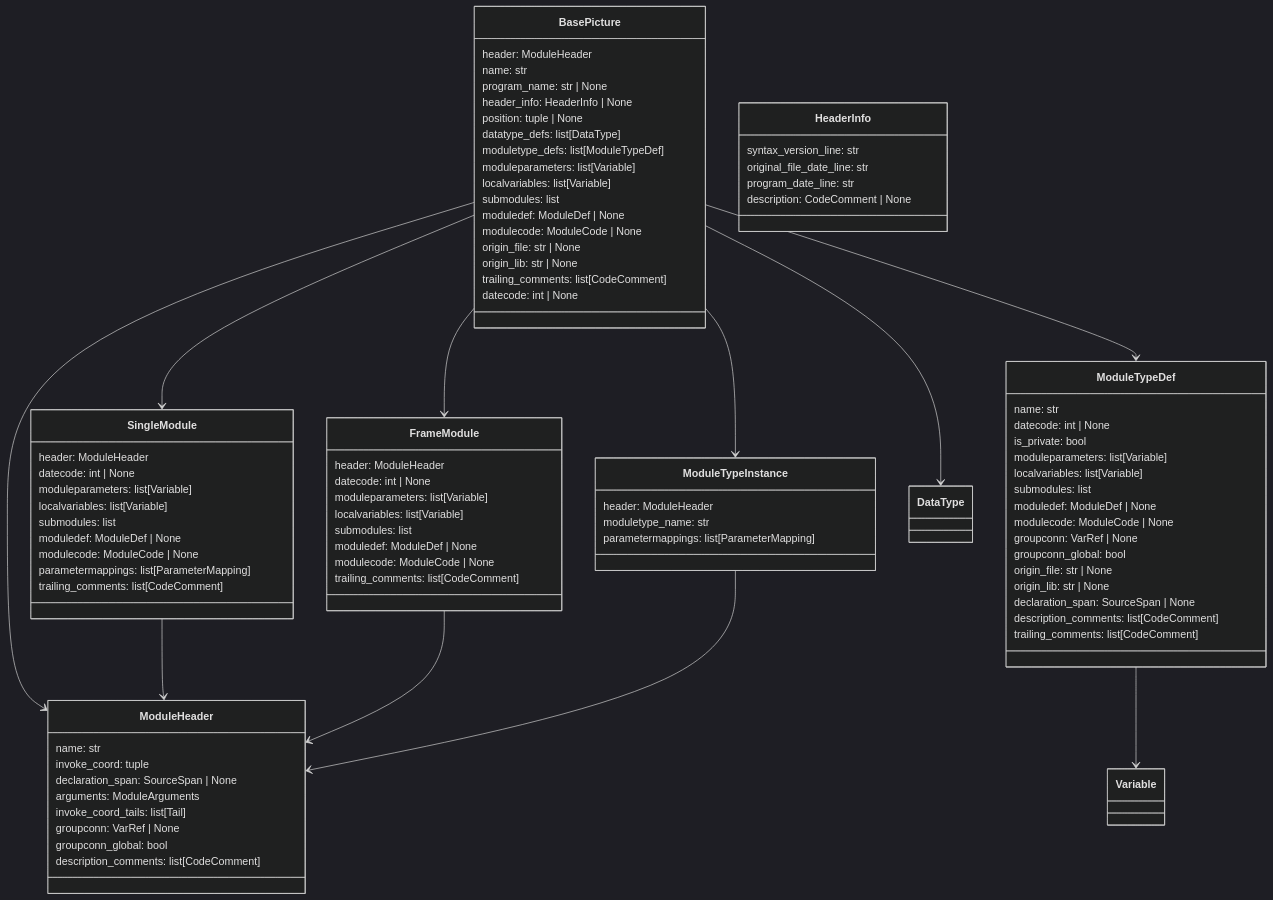
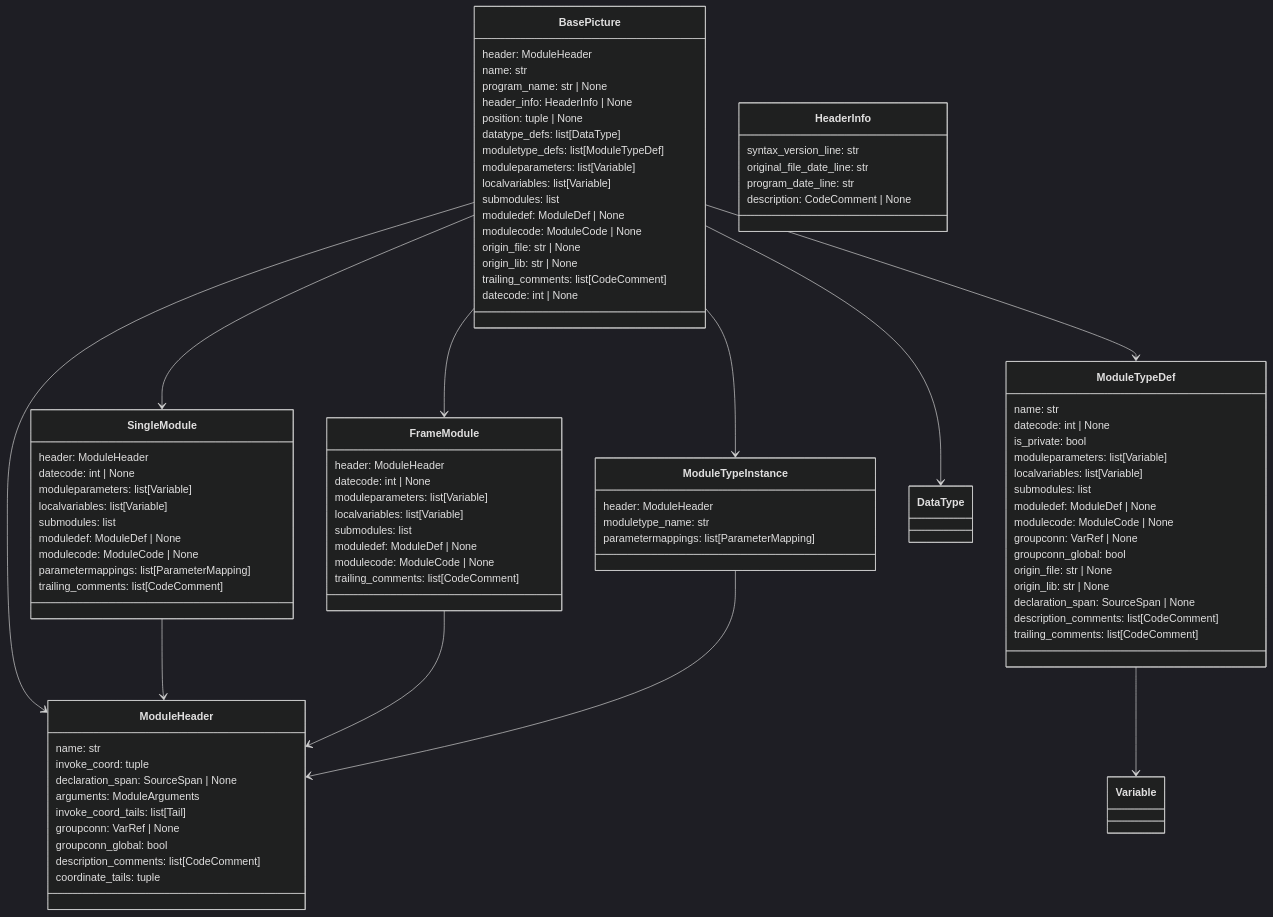
One commit to SorenHJohansen/sattline-parser changed the first of 6 diagrams in docs/ast.md. Above: the diagram before and after it, drawn with Mermaid (dark theme). The commit also changed other lines of this file and 79 other files, not shown here.

```diff
--- a/docs/ast.md
+++ b/docs/ast.md
@@ -44,6 +44,7 @@
         groupconn: VarRef | None
         groupconn_global: bool
         description_comments: list[CodeComment]
+        coordinate_tails: tuple
     }
 
     class SingleModule {
```
